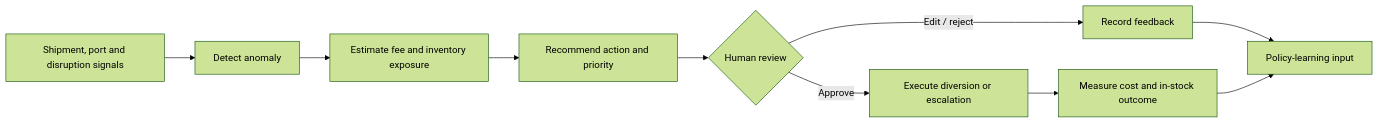
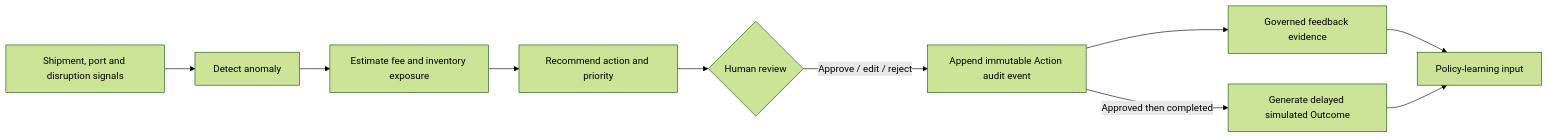
Before and after one commit to Andy-JunXiong/GLAP-AI-Decision-Platform: the first of 4 diagrams in docs/architecture_current.md, drawn with Mermaid (forest theme). The commit also changed other lines of this file and 38 other files, not shown here.

````diff
--- a/docs/architecture_current.md
+++ b/docs/architecture_current.md
@@ -5,12 +5,12 @@
 ```mermaid
 flowchart LR
     SIGNALS[Shipment, port and disruption signals] --> DETECT[Detect anomaly]
     DETECT --> EXPOSE[Estimate fee and inventory exposure]
     EXPOSE --> DECIDE[Recommend action and priority]
     DECIDE --> REVIEW{Human review}
-    REVIEW -->|Approve| ACTION[Execute diversion or escalation]
-    REVIEW -->|Edit / reject| FEEDBACK[Record feedback]
-    ACTION --> OUTCOME[Measure cost and in-stock outcome]
+    REVIEW -->|Approve / edit / reject| ACTION[Append immutable Action audit event]
+    ACTION -->|Approved then completed| OUTCOME[Generate delayed simulated Outcome]
+    ACTION --> FEEDBACK[Governed feedback evidence]
     FEEDBACK --> LEARN[Policy-learning input]
     OUTCOME --> LEARN
 ```
````
